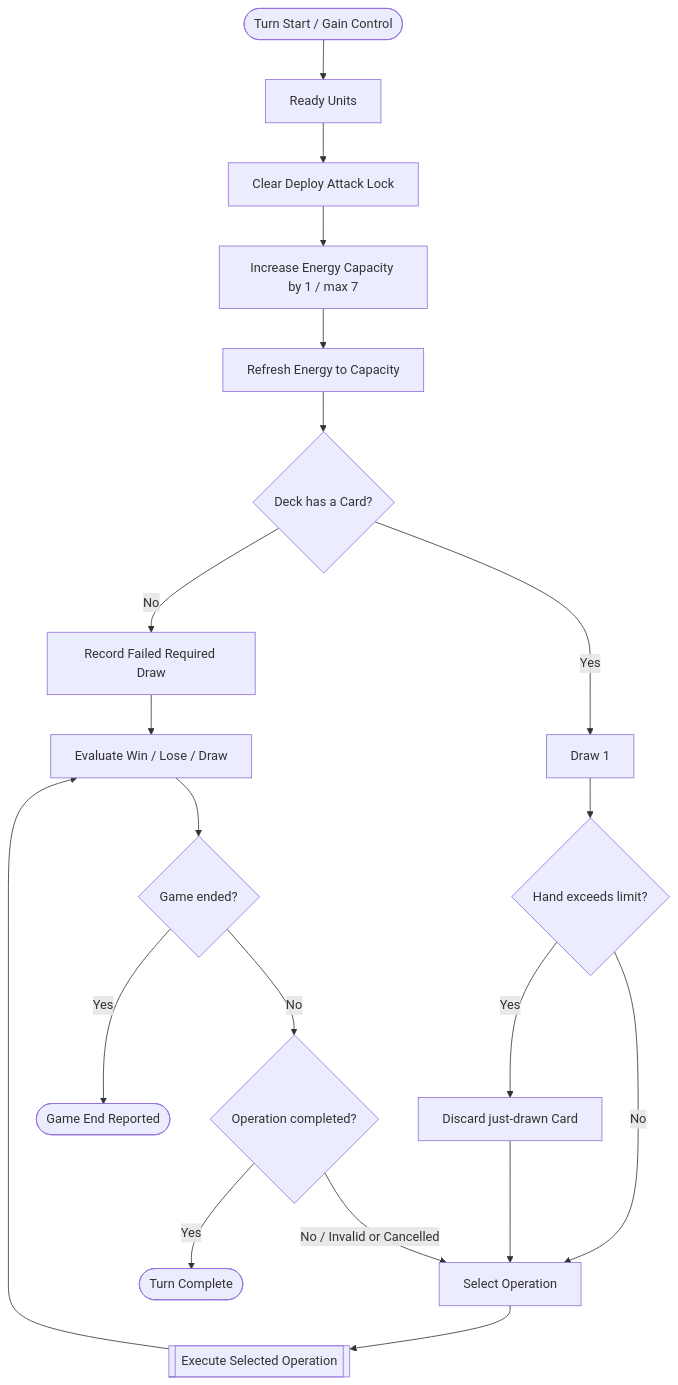
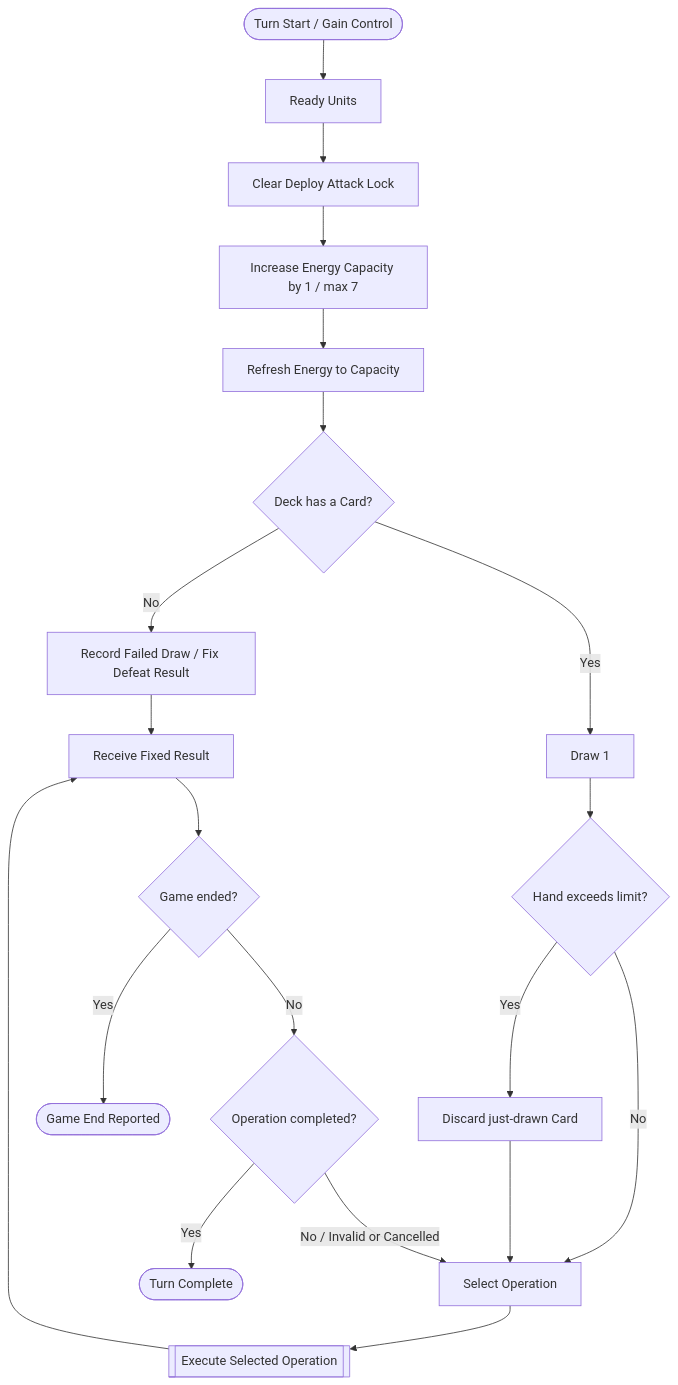
Before and after one commit to kjun1/card-game: the diagram in docs/process/turn-flow.md, drawn with Mermaid. The commit also changed other lines of this file and 28 other files, not shown here.

```diff
--- a/docs/process/turn-flow.md
+++ b/docs/process/turn-flow.md
@@ -19,22 +19,22 @@
 ~~~mermaid
 flowchart TD
     S([Turn Start / Gain Control]) --> R[Ready Units]
     R --> L[Clear Deploy Attack Lock]
     L --> U[Increase Energy Capacity by 1 / max 7]
     U --> E[Refresh Energy to Capacity]
     E --> Q{Deck has a Card?}
-    Q -- No --> X[Record Failed Required Draw]
-    X --> V[Evaluate Win / Lose / Draw]
+    Q -- No --> X[Record Failed Draw / Fix Defeat Result]
+    X --> V[Receive Fixed Result]
     Q -- Yes --> D[Draw 1]
     D --> H{Hand exceeds limit?}
     H -- Yes --> HD[Discard just-drawn Card]
     H -- No --> O[Select Operation]
     HD --> O
     O --> P[[Execute Selected Operation]]
     P --> V
     V --> G{Game ended?}
     G -- Yes --> GE([Game End Reported])
     G -- No --> F{Operation completed?}
     F -- No / Invalid or Cancelled --> O
     F -- Yes --> T([Turn Complete])
 ~~~
```
